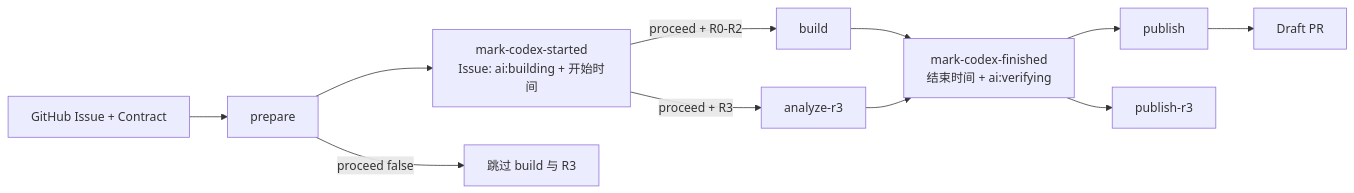
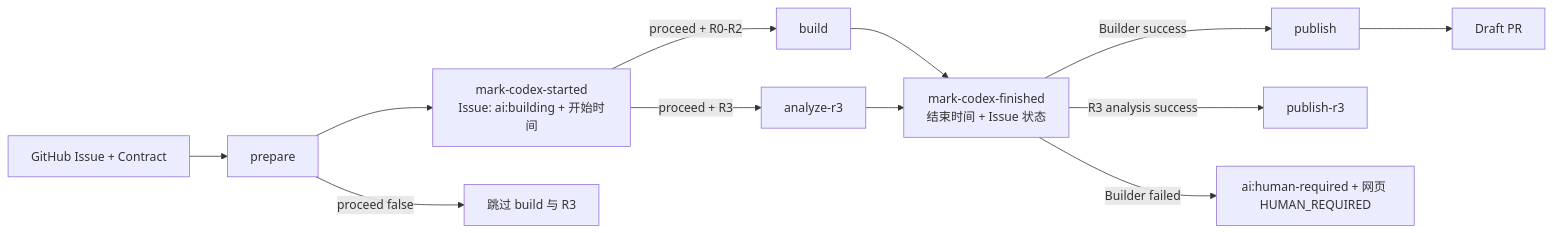
Before and after one commit to liuzhuang/signalpatch: the first of 6 diagrams in .github/workflows/issue-delivery.yml.md, drawn with Mermaid. The commit also changed other lines of this file and 17 other files, not shown here.

````diff
--- a/.github/workflows/issue-delivery.yml.md
+++ b/.github/workflows/issue-delivery.yml.md
@@ -15,20 +15,21 @@
 ```mermaid
 flowchart LR
   ISS[GitHub Issue + Contract]
   PRE[prepare]
   BLD[build]
   R3[analyze-r3]
   PUB[publish]
   R3P[publish-r3]
   PR[Draft PR]
 
   ISS --> PRE
   PRE --> MARK[mark-codex-started\nIssue: ai:building + 开始时间]
   MARK -->|proceed + R0-R2| BLD
   MARK -->|proceed + R3| R3
-  BLD --> END[mark-codex-finished\n结束时间 + ai:verifying]
+  BLD --> END[mark-codex-finished\n结束时间 + Issue 状态]
   R3 --> END
-  END --> PUB --> PR
-  END --> R3P
+  END -->|Builder success| PUB --> PR
+  END -->|R3 analysis success| R3P
+  END -->|Builder failed| HUMAN[ai:human-required + 网页 HUMAN_REQUIRED]
   PRE -->|proceed false| SKIP[跳过 build 与 R3]
 ```
````
